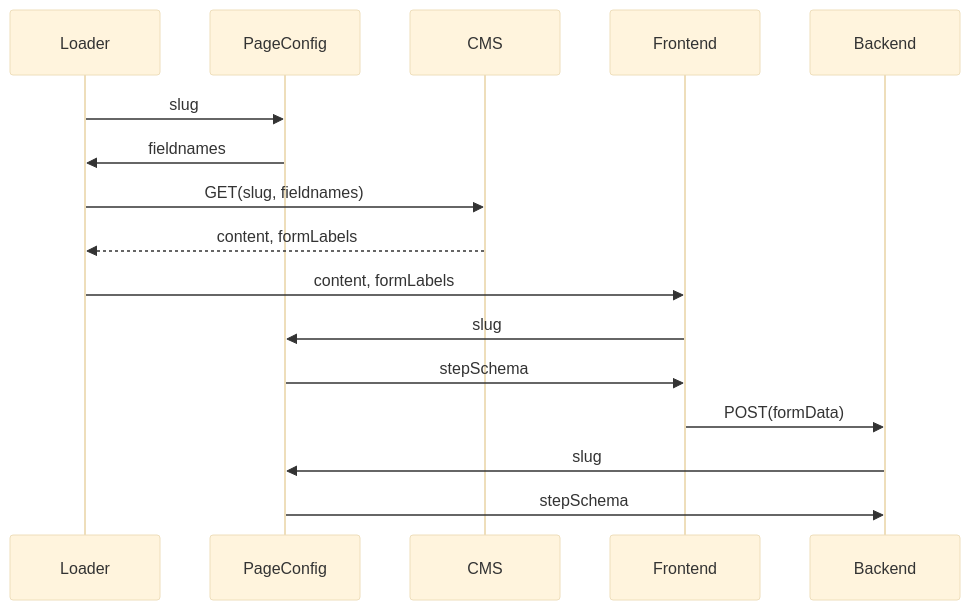
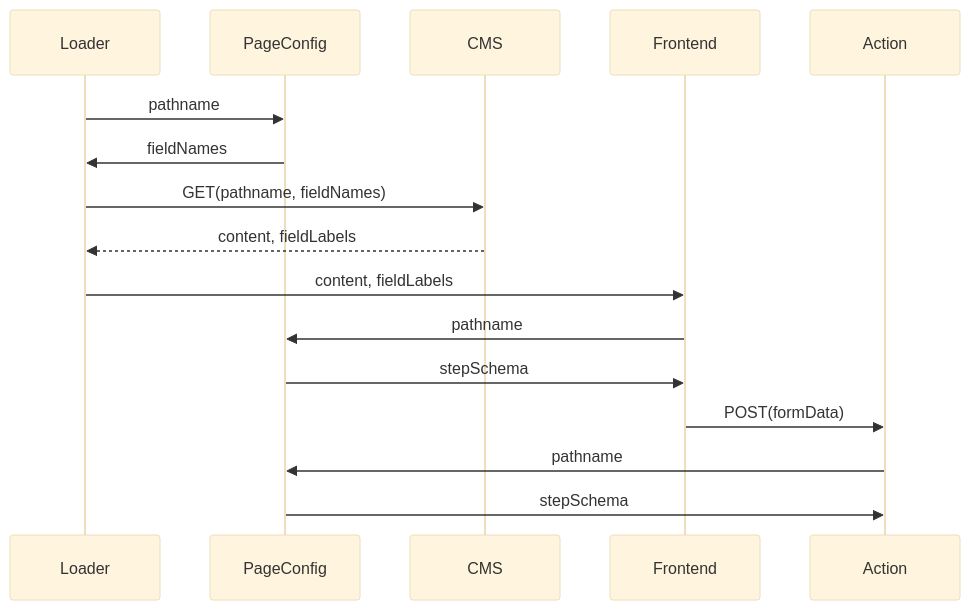
Before and after one commit to digitalservicebund/a2j-rechtsantragstelle: the second of 2 diagrams in doc/adr/0013-pageConfig-inside-application.md, drawn with Mermaid (base theme). The commit also changed other lines of this file, not shown here.

````diff
--- a/doc/adr/0013-pageConfig-inside-application.md
+++ b/doc/adr/0013-pageConfig-inside-application.md
@@ -71,14 +78,14 @@
 ```mermaid
 sequenceDiagram
 
-Loader->>PageConfig: slug
-PageConfig->>Loader: fieldnames
-Loader->>CMS: GET(slug, fieldnames)
-CMS-->>Loader: content, formLabels
-Loader->>Frontend:  content, formLabels
-Frontend->>PageConfig: slug
+Loader->>PageConfig: pathname
+PageConfig->>Loader: fieldNames
+Loader->>CMS: GET(pathname, fieldNames)
+CMS-->>Loader: content, fieldLabels
+Loader->>Frontend:  content, fieldLabels
+Frontend->>PageConfig: pathname
 PageConfig->>Frontend: stepSchema
-Frontend->>Backend: POST(formData)
-Backend->>PageConfig: slug
-PageConfig->>Backend: stepSchema
+Frontend->>Action: POST(formData)
+Action->>PageConfig: pathname
+PageConfig->>Action: stepSchema
 ```
````
